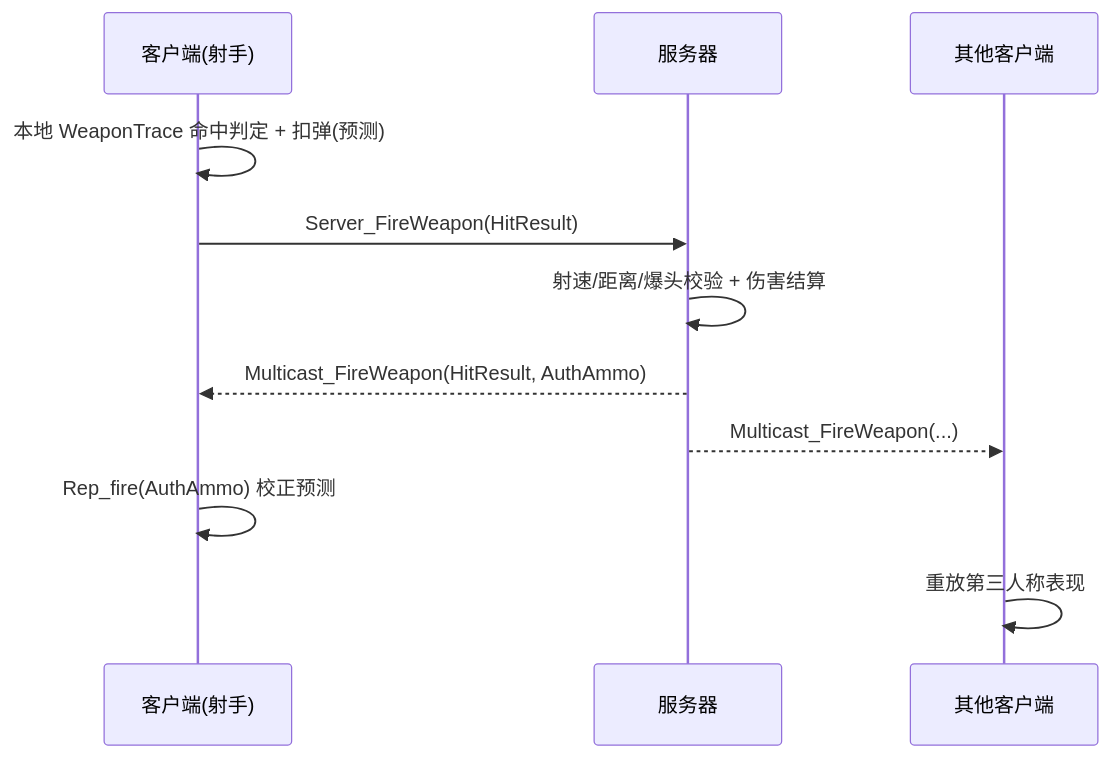
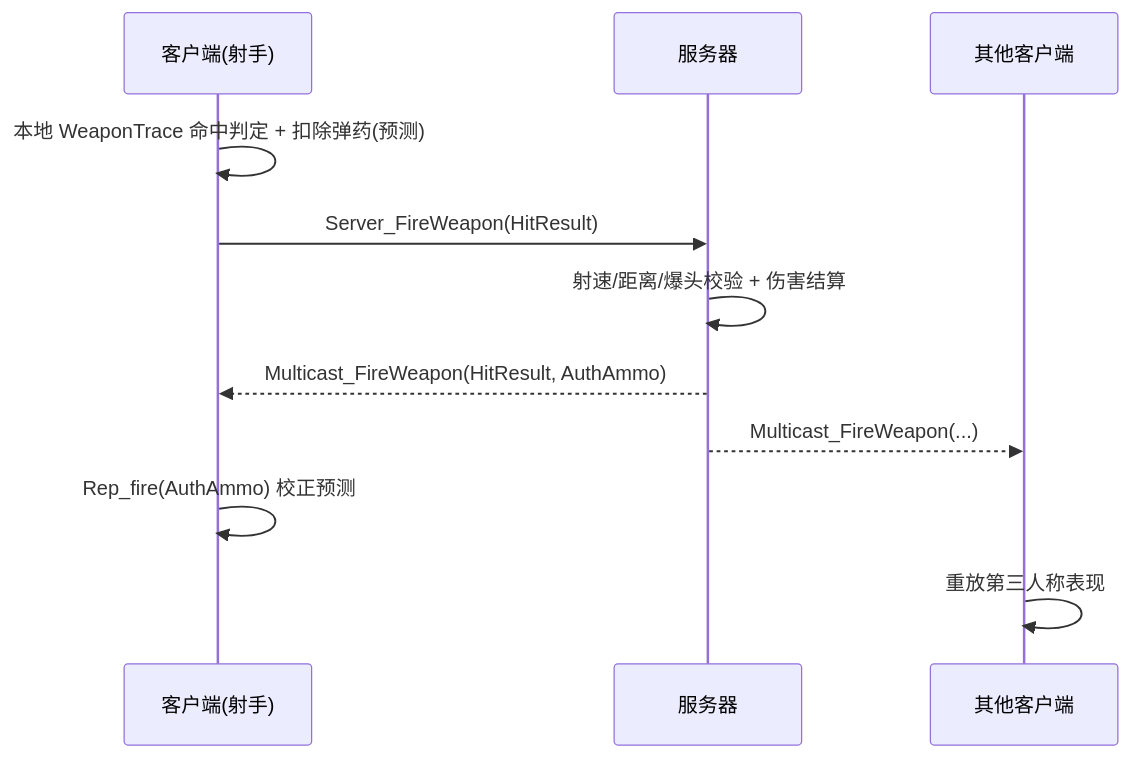
One commit to r27etpl15/FPS changed the diagram in README.md. Above: the diagram before and after it, drawn with Mermaid. The commit also changed other lines of this file and 1 other file, not shown here.

````diff
--- a/README.md
+++ b/README.md
@@ -13,13 +15,13 @@
 ```mermaid
 sequenceDiagram
     participant C as 客户端(射手)
     participant S as 服务器
     participant O as 其他客户端
-    C->>C: 本地 WeaponTrace 命中判定 + 扣弹(预测)
+    C->>C: 本地 WeaponTrace 命中判定 + 扣除弹药(预测)
     C->>S: Server_FireWeapon(HitResult)
     S->>S: 射速/距离/爆头校验 + 伤害结算
     S-->>C: Multicast_FireWeapon(HitResult, AuthAmmo)
     S-->>O: Multicast_FireWeapon(...)
     C->>C: Rep_fire(AuthAmmo) 校正预测
     O->>O: 重放第三人称表现
 ```
````
